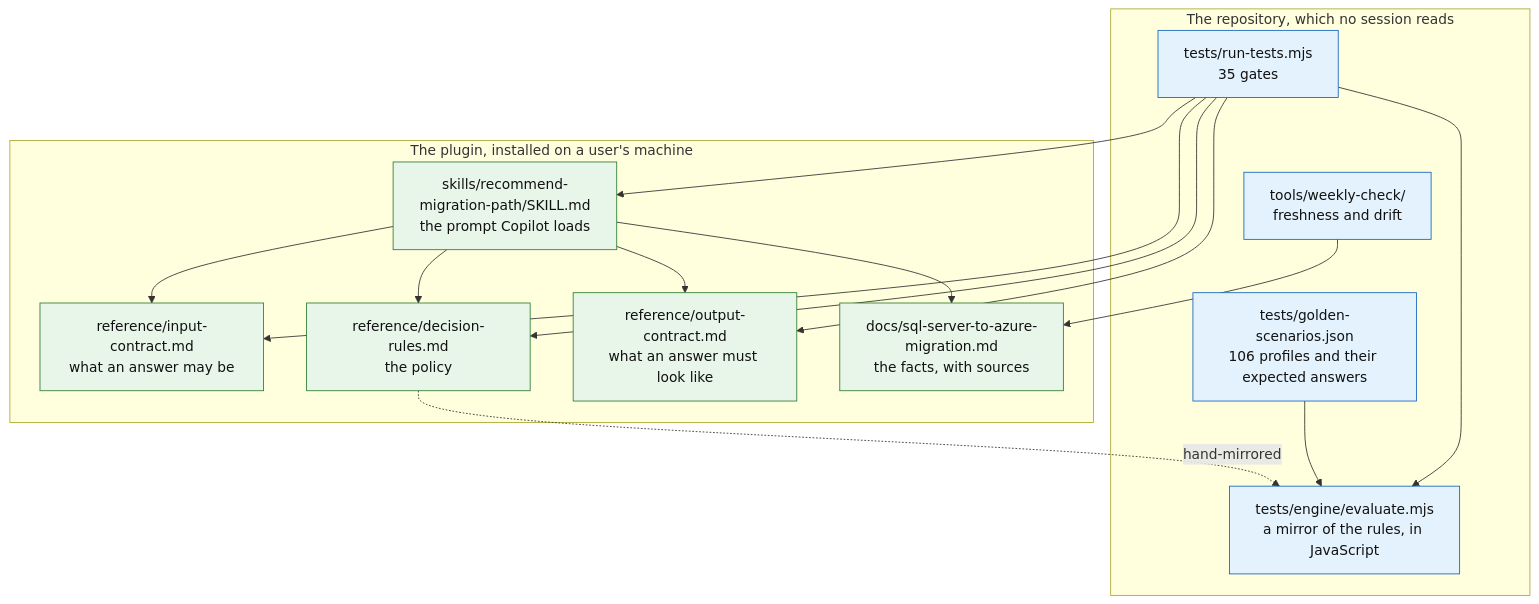
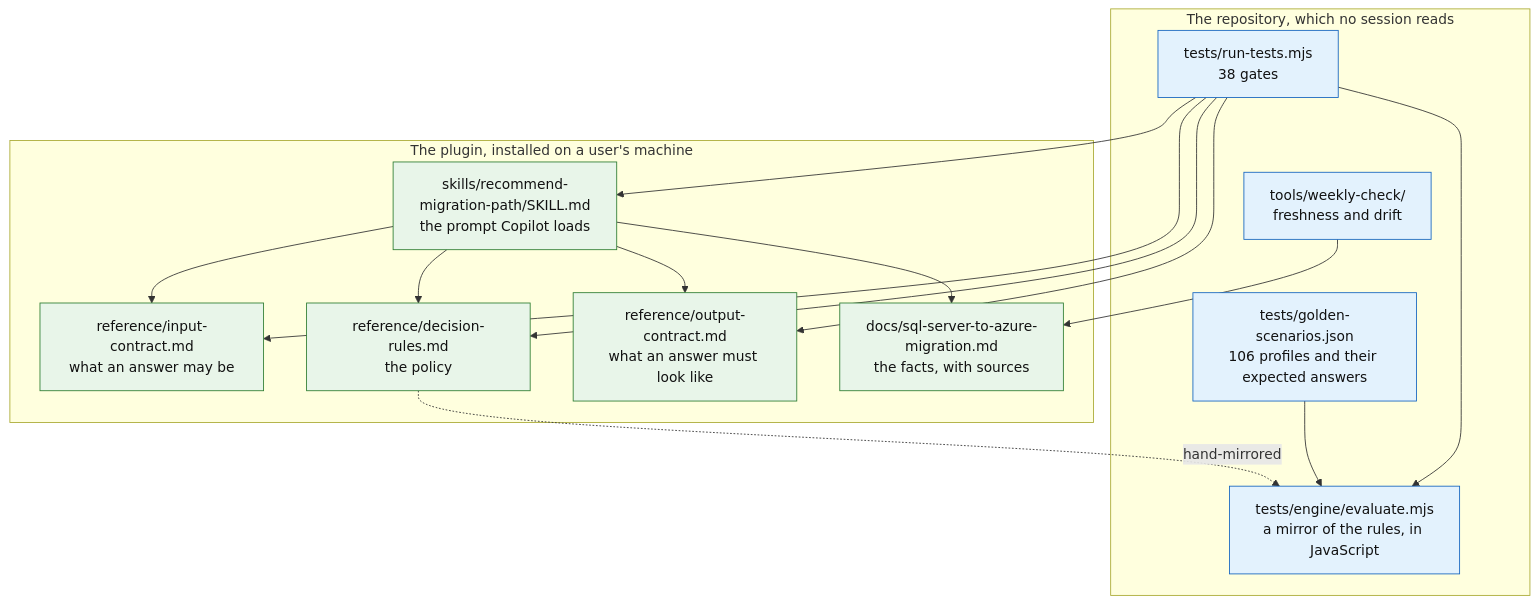
Before and after one commit to fredgis/sql-migration-advisor: the first of 3 diagrams in docs/ARCHITECTURE.md, drawn with Mermaid. The commit also changed other lines of this file and 22 other files, not shown here.

````diff
--- a/docs/ARCHITECTURE.md
+++ b/docs/ARCHITECTURE.md
@@ -28,35 +28,35 @@
 ```mermaid
 flowchart TD
     subgraph plugin["The plugin, installed on a user's machine"]
       SK["skills/recommend-migration-path/SKILL.md<br/>the prompt Copilot loads"]
       IC["reference/input-contract.md<br/>what an answer may be"]
       DR["reference/decision-rules.md<br/>the policy"]
       OC["reference/output-contract.md<br/>what an answer must look like"]
       KB["docs/sql-server-to-azure-migration.md<br/>the facts, with sources"]
     end
 
     subgraph repo["The repository, which no session reads"]
       EN["tests/engine/evaluate.mjs<br/>a mirror of the rules, in JavaScript"]
       GS["tests/golden-scenarios.json<br/>106 profiles and their expected answers"]
-      GA["tests/run-tests.mjs<br/>35 gates"]
+      GA["tests/run-tests.mjs<br/>38 gates"]
       WK["tools/weekly-check/<br/>freshness and drift"]
     end
 
     SK --> IC
     SK --> DR
     SK --> OC
     SK --> KB
     DR -.->|hand-mirrored| EN
     GS --> EN
     GA --> EN
     GA --> SK
     GA --> IC
     GA --> DR
     GA --> OC
     WK --> KB
 
     classDef live fill:#e8f5e9,stroke:#2e7d32,color:#111
     classDef test fill:#e3f2fd,stroke:#1565c0,color:#111
     class SK,IC,DR,OC,KB live
     class EN,GS,GA,WK test
 ```
````
